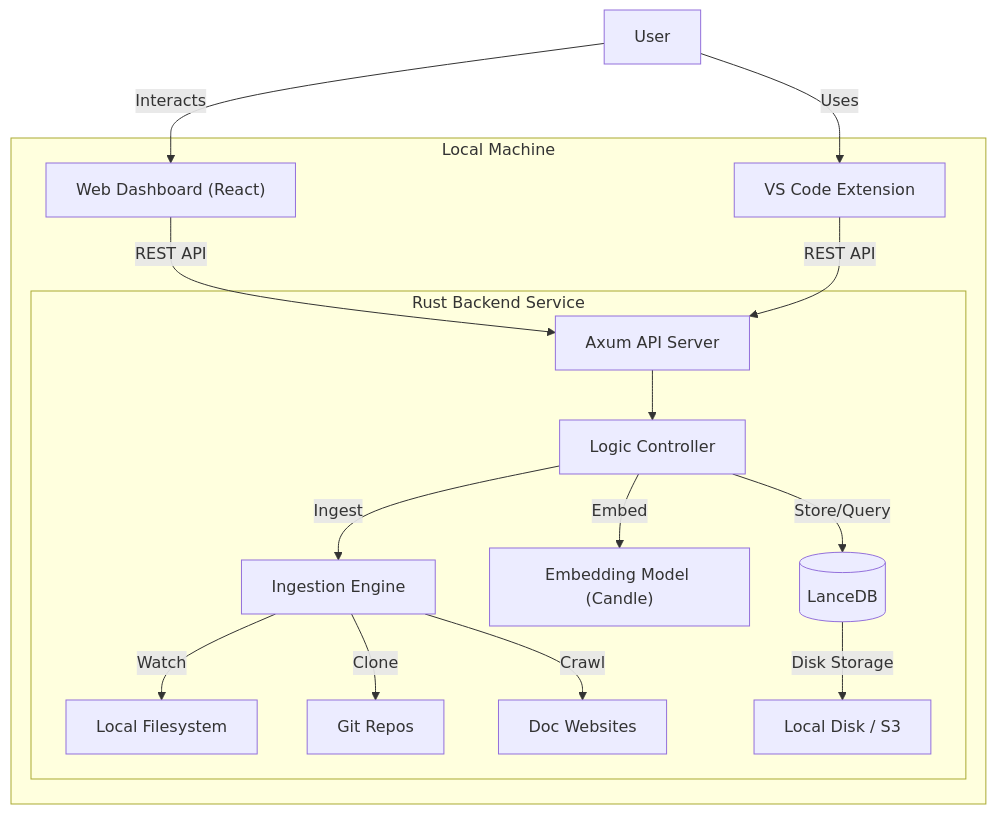
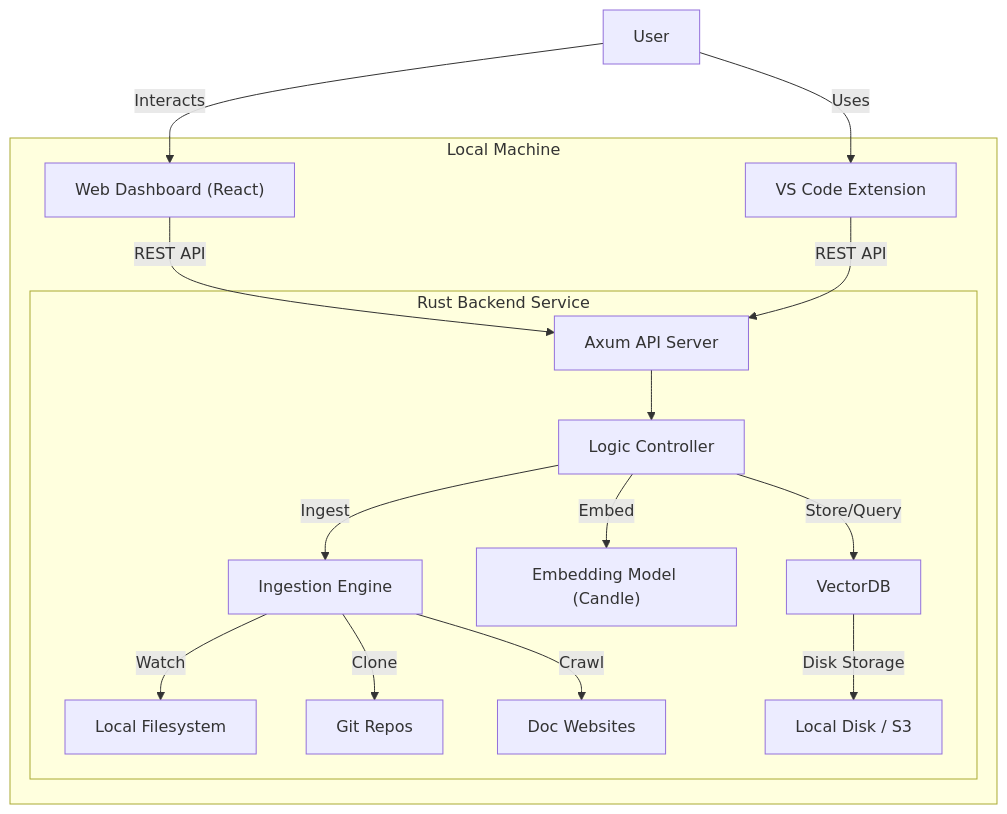
Before and after one commit to linggen/linggen: the diagram in doc/framework.md, drawn with Mermaid. The commit also changed other lines of this file and 29 other files, not shown here.

````diff
--- a/doc/framework.md
+++ b/doc/framework.md
@@ -7,24 +7,24 @@
 ```mermaid
 graph TD
     User[User] -->|Interacts| UI["Web Dashboard (React)"]
     User -->|Uses| IDE[VS Code Extension]
-    
+
     subgraph "Local Machine"
         UI -->|REST API| API[Axum API Server]
         IDE -->|REST API| API
-        
+
         subgraph "Rust Backend Service"
             API --> Controller[Logic Controller]
-            
+
             Controller -->|Ingest| Ingest[Ingestion Engine]
             Ingest -->|Watch| FS[Local Filesystem]
             Ingest -->|Clone| Git[Git Repos]
             Ingest -->|Crawl| Web[Doc Websites]
-            
+
             Controller -->|Embed| Model["Embedding Model (Candle)"]
-            
-            Controller -->|Store/Query| DB[(LanceDB)]
-            DB -->|Disk Storage| Storage[Local Disk / S3]
+
+            Controller -->|Store/Query| VectorDB
+            VectorDB -->|Disk Storage| Storage[Local Disk / S3]
         end
     end
 ```
````
